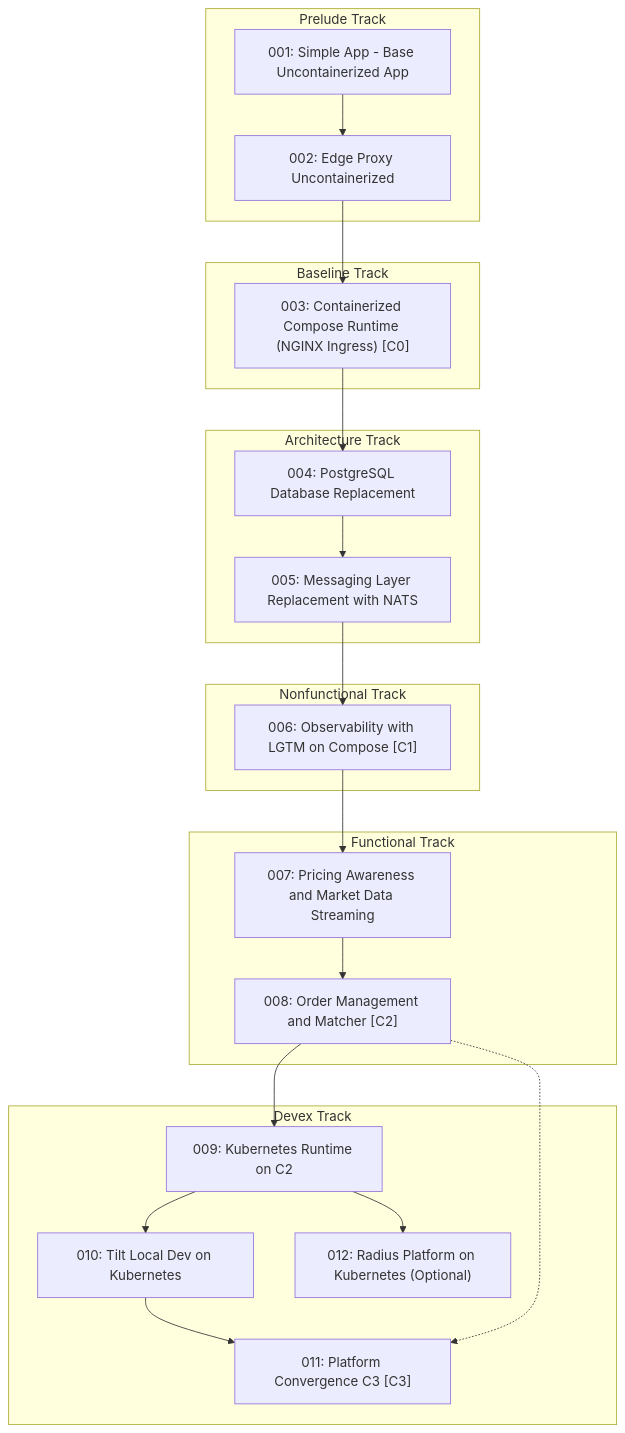
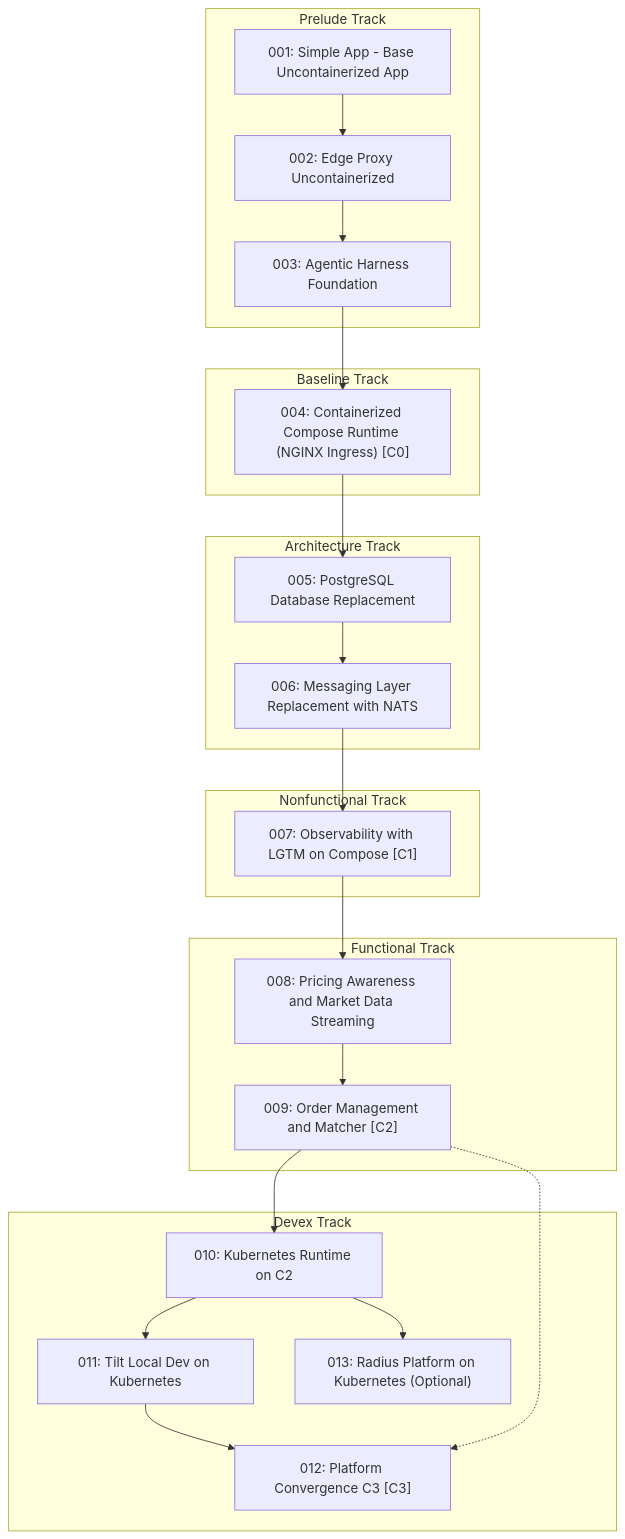
The third of 3 diagrams in docs/learning-paths/index.md (finos/traderX), drawn with Mermaid before and after one commit. The commit also changed other lines of this file and 582 other files, not shown here.

Commit message:
feat: add state 003 agentic harness and consolidate custom overlay guidance

````diff
--- a/docs/learning-paths/index.md
+++ b/docs/learning-paths/index.md
@@ -100,40 +104,42 @@
 ```mermaid
 flowchart TB
   subgraph PRELUDE["Prelude Track"]
     S001_baseline_uncontainerized_parity["001: Simple App - Base Uncontainerized App"]
     S002_edge_proxy_uncontainerized["002: Edge Proxy Uncontainerized"]
+    S003_agentic_harness_foundation["003: Agentic Harness Foundation"]
   end
   subgraph BASELINE["Baseline Track"]
-    S003_containerized_compose_runtime["003: Containerized Compose Runtime (NGINX Ingress) [C0]"]
+    S004_containerized_compose_runtime["004: Containerized Compose Runtime (NGINX Ingress) [C0]"]
   end
   subgraph ARCHITECTURE["Architecture Track"]
-    S004_postgres_database_replacement["004: PostgreSQL Database Replacement"]
-    S005_messaging_nats_replacement["005: Messaging Layer Replacement with NATS"]
+    S005_postgres_database_replacement["005: PostgreSQL Database Replacement"]
+    S006_messaging_nats_replacement["006: Messaging Layer Replacement with NATS"]
   end
   subgraph NONFUNCTIONAL["Nonfunctional Track"]
-    S006_observability_lgtm_compose["006: Observability with LGTM on Compose [C1]"]
+    S007_observability_lgtm_compose["007: Observability with LGTM on Compose [C1]"]
   end
   subgraph FUNCTIONAL["Functional Track"]
-    S007_pricing_awareness_market_data["007: Pricing Awareness and Market Data Streaming"]
-    S008_order_management_matcher["008: Order Management and Matcher [C2]"]
+    S008_pricing_awareness_market_data["008: Pricing Awareness and Market Data Streaming"]
+    S009_order_management_matcher["009: Order Management and Matcher [C2]"]
   end
   subgraph DEVEX["Devex Track"]
-    S009_kubernetes_runtime["009: Kubernetes Runtime on C2"]
-    S010_tilt_kubernetes_dev_loop["010: Tilt Local Dev on Kubernetes"]
-    S011_platform_convergence_c3["011: Platform Convergence C3 [C3]"]
-    S012_radius_kubernetes_platform["012: Radius Platform on Kubernetes (Optional)"]
+    S010_kubernetes_runtime["010: Kubernetes Runtime on C2"]
+    S011_tilt_kubernetes_dev_loop["011: Tilt Local Dev on Kubernetes"]
+    S012_platform_convergence_c3["012: Platform Convergence C3 [C3]"]
+    S013_radius_kubernetes_platform["013: Radius Platform on Kubernetes (Optional)"]
   end
   S001_baseline_uncontainerized_parity --> S002_edge_proxy_uncontainerized
-  S002_edge_proxy_uncontainerized --> S003_containerized_compose_runtime
-  S003_containerized_compose_runtime --> S004_postgres_database_replacement
-  S004_postgres_database_replacement --> S005_messaging_nats_replacement
-  S005_messaging_nats_replacement --> S006_observability_lgtm_compose
-  S006_observability_lgtm_compose --> S007_pricing_awareness_market_data
-  S007_pricing_awareness_market_data --> S008_order_management_matcher
-  S008_order_management_matcher --> S009_kubernetes_runtime
-  S009_kubernetes_runtime --> S010_tilt_kubernetes_dev_loop
-  S010_tilt_kubernetes_dev_loop --> S011_platform_convergence_c3
-  S009_kubernetes_runtime --> S012_radius_kubernetes_platform
-  S008_order_management_matcher -.-> S011_platform_convergence_c3
+  S002_edge_proxy_uncontainerized --> S003_agentic_harness_foundation
+  S003_agentic_harness_foundation --> S004_containerized_compose_runtime
+  S004_containerized_compose_runtime --> S005_postgres_database_replacement
+  S005_postgres_database_replacement --> S006_messaging_nats_replacement
+  S006_messaging_nats_replacement --> S007_observability_lgtm_compose
+  S007_observability_lgtm_compose --> S008_pricing_awareness_market_data
+  S008_pricing_awareness_market_data --> S009_order_management_matcher
+  S009_order_management_matcher --> S010_kubernetes_runtime
+  S010_kubernetes_runtime --> S011_tilt_kubernetes_dev_loop
+  S011_tilt_kubernetes_dev_loop --> S012_platform_convergence_c3
+  S010_kubernetes_runtime --> S013_radius_kubernetes_platform
+  S009_order_management_matcher -.-> S012_platform_convergence_c3
   classDef convergence fill:#d7f5dd,stroke:#2e7d32,stroke-width:2px
 ```
````
